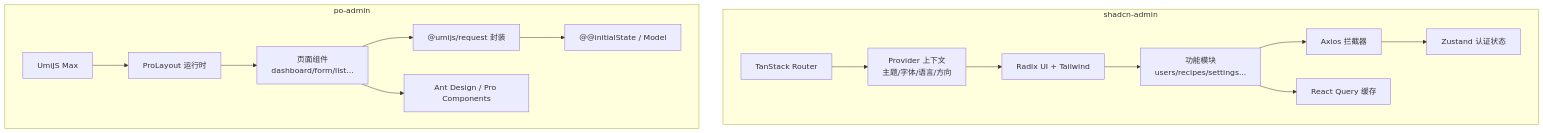
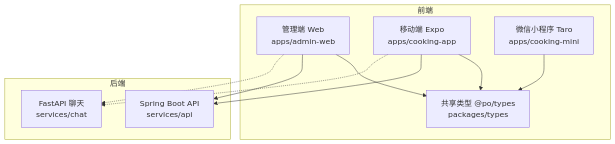
One commit to good-zheng/po changed the first of 6 diagrams in .qoder/repowiki/zh/content/前端应用/前端应用.md. Above: the diagram before and after it, drawn with Mermaid. The commit also changed other lines of this file and 217 other files, not shown here.

````diff
--- a/.qoder/repowiki/zh/content/前端应用/前端应用.md
+++ b/.qoder/repowiki/zh/content/前端应用/前端应用.md
@@ -133,18 +48,20 @@
 ```mermaid
 graph TB
-subgraph "shadcn-admin"
-R["TanStack Router"] --> Ctx["Provider 上下文<br/>主题/字体/语言/方向"]
-Ctx --> UI["Radix UI + Tailwind"]
-UI --> Features["功能模块<br/>users/recipes/settings..."]
-Features --> Net["Axios 拦截器"]
-Net --> Store["Zustand 认证状态"]
-Features --> Data["React Query 缓存"]
+subgraph "前端"
+ADMIN["管理端 Web<br/>apps/admin-web"]
+MOBILE["移动端 Expo<br/>apps/cooking-app"]
+MINI["微信小程序 Taro<br/>apps/cooking-mini"]
+TYPES["共享类型 @po/types<br/>packages/types"]
 end
-subgraph "po-admin"
-U["UmiJS Max"] --> L["ProLayout 运行时"]
-L --> Pages["页面组件<br/>dashboard/form/list..."]
-Pages --> Req["@umijs/request 封装"]
-Req --> StoreP["@@initialState / Model"]
-Pages --> Charts["Ant Design / Pro Components"]
+subgraph "后端"
+API["Spring Boot API<br/>services/api"]
+CHAT["FastAPI 聊天<br/>services/chat"]
 end
+ADMIN --> TYPES
+MOBILE --> TYPES
+MINI --> TYPES
+ADMIN --> API
+MOBILE --> API
+ADMIN -.-> CHAT
+MOBILE -.-> CHAT
 ```
````
